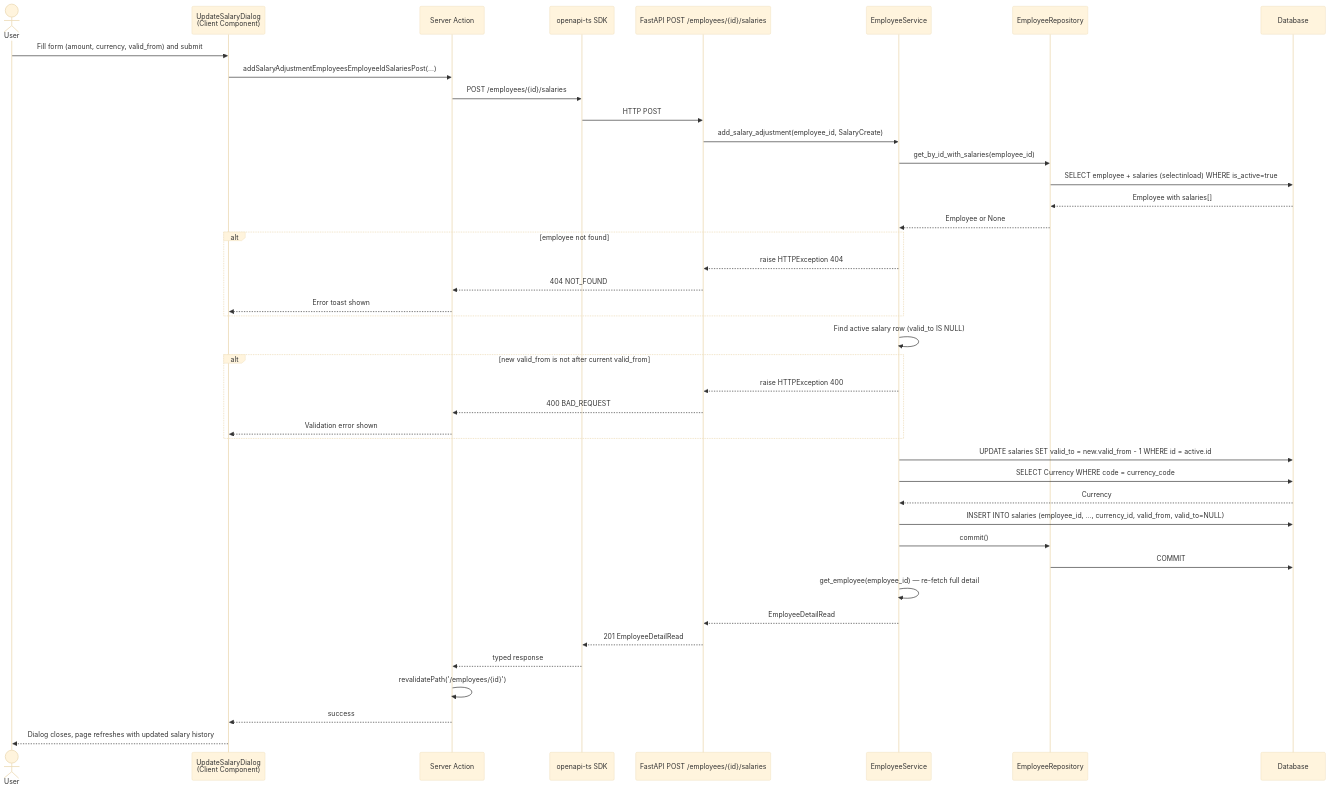
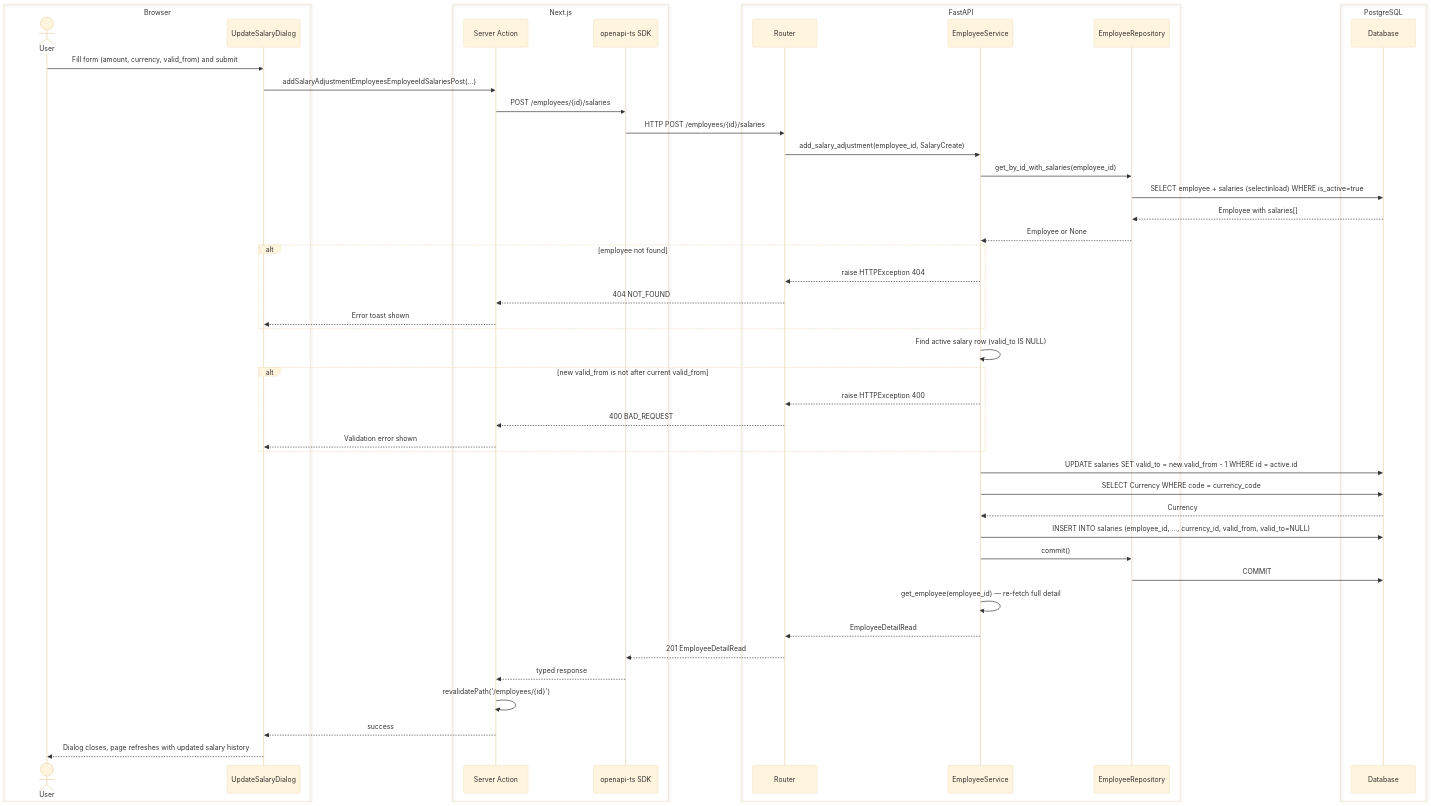
One commit to utsabbera/acme-salary-management changed the fourth of 9 diagrams in docs/architecture.md. Above: the diagram before and after it, drawn with Mermaid (base theme). The commit also changed other lines of this file, not shown here.

First line of the commit message:
docs(architecture): refine sequence diagrams with box groupings and cleanup

````diff
--- a/docs/architecture.md
+++ b/docs/architecture.md
@@ -162,51 +169,59 @@
 ```mermaid
 sequenceDiagram
-    actor User
-    participant Dialog as UpdateSalaryDialog<br/>(Client Component)
-    participant SA as Server Action
-    participant SDK as openapi-ts SDK
-    participant API as FastAPI POST /employees/{id}/salaries
-    participant Svc as EmployeeService
-    participant Repo as EmployeeRepository
-    participant DB as Database
+    box Browser
+        actor User
+        participant Dialog as UpdateSalaryDialog
+    end
+    box Next.js
+        participant SA as Server Action
+        participant SDK as openapi-ts SDK
+    end
+    box FastAPI
+        participant API as Router
+        participant Svc as EmployeeService
+        participant Repo as EmployeeRepository
+    end
+    box PostgreSQL
+        participant DB as Database
+    end
 
     User->>Dialog: Fill form (amount, currency, valid_from) and submit
     Dialog->>SA: addSalaryAdjustmentEmployeesEmployeeIdSalariesPost(...)
     SA->>SDK: POST /employees/{id}/salaries
-    SDK->>API: HTTP POST
+    SDK->>API: HTTP POST /employees/{id}/salaries
 
     API->>Svc: add_salary_adjustment(employee_id, SalaryCreate)
     Svc->>Repo: get_by_id_with_salaries(employee_id)
     Repo->>DB: SELECT employee + salaries (selectinload) WHERE is_active=true
     DB-->>Repo: Employee with salaries[]
     Repo-->>Svc: Employee or None
 
     alt employee not found
         Svc-->>API: raise HTTPException 404
         API-->>SA: 404 NOT_FOUND
         SA-->>Dialog: Error toast shown
     end
 
     Svc->>Svc: Find active salary row (valid_to IS NULL)
 
     alt new valid_from is not after current valid_from
         Svc-->>API: raise HTTPException 400
         API-->>SA: 400 BAD_REQUEST
         SA-->>Dialog: Validation error shown
     end
 
     Svc->>DB: UPDATE salaries SET valid_to = new.valid_from - 1 WHERE id = active.id
     Svc->>DB: SELECT Currency WHERE code = currency_code
     DB-->>Svc: Currency
     Svc->>DB: INSERT INTO salaries (employee_id, ..., currency_id, valid_from, valid_to=NULL)
     Svc->>Repo: commit()
     Repo->>DB: COMMIT
 
     Svc->>Svc: get_employee(employee_id) — re-fetch full detail
     Svc-->>API: EmployeeDetailRead
     API-->>SDK: 201 EmployeeDetailRead
     SDK-->>SA: typed response
     SA->>SA: revalidatePath('/employees/{id}')
     SA-->>Dialog: success
     Dialog-->>User: Dialog closes, page refreshes with updated salary history
 ```
````
